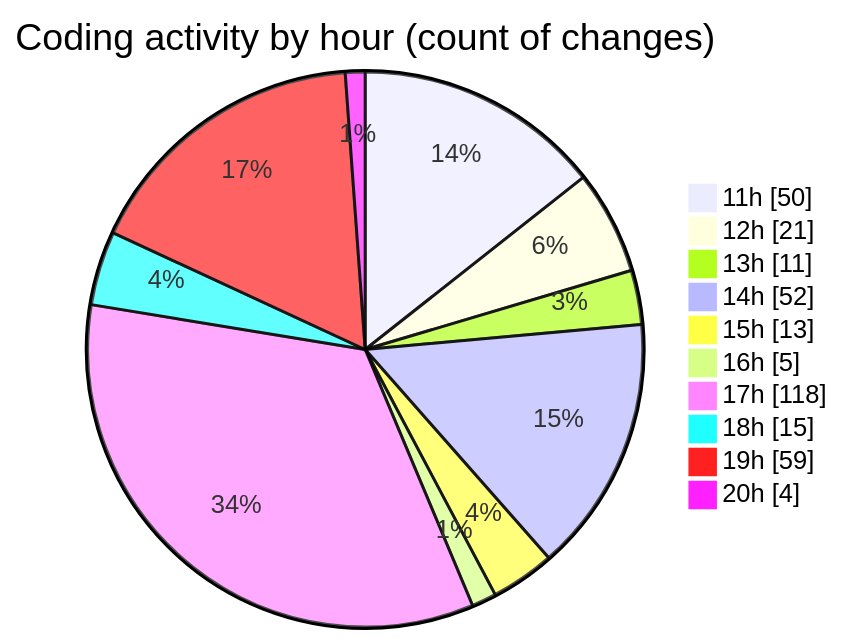
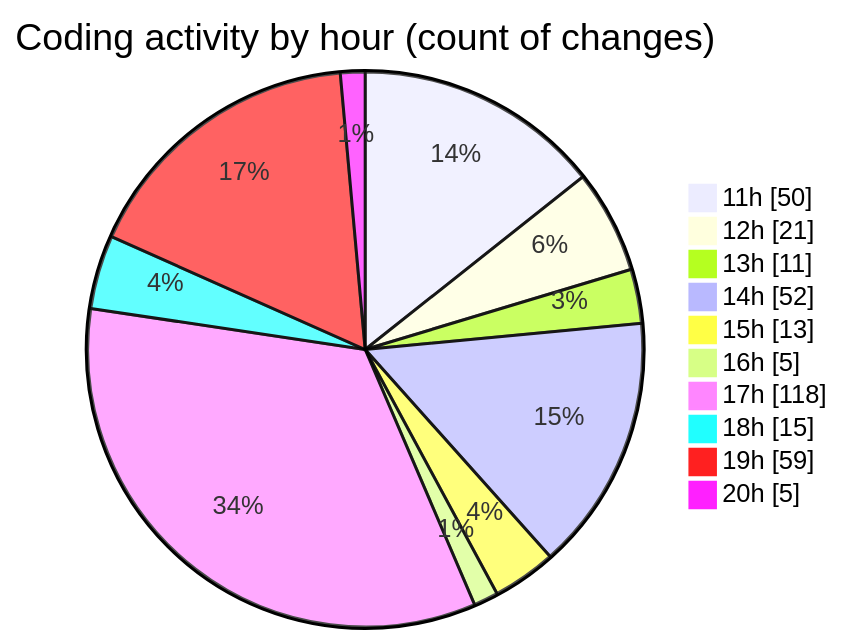
The second of 2 diagrams in 2026-02-06/singularitybrainai/README.md (tmsrecording-cyber/code-tracking), drawn with Mermaid before and after one commit. The commit also changed other lines of this file and 1 other file, not shown here.

````diff
--- a/2026-02-06/singularitybrainai/README.md
+++ b/2026-02-06/singularitybrainai/README.md
@@ -53,14 +53,14 @@
 ```mermaid
 pie showData
 title Coding activity by hour (count of changes)
 "11h" : 50
 "12h" : 21
 "13h" : 11
 "14h" : 52
 "15h" : 13
 "16h" : 5
 "17h" : 118
 "18h" : 15
 "19h" : 59
-"20h" : 4
+"20h" : 5
 ```
````
